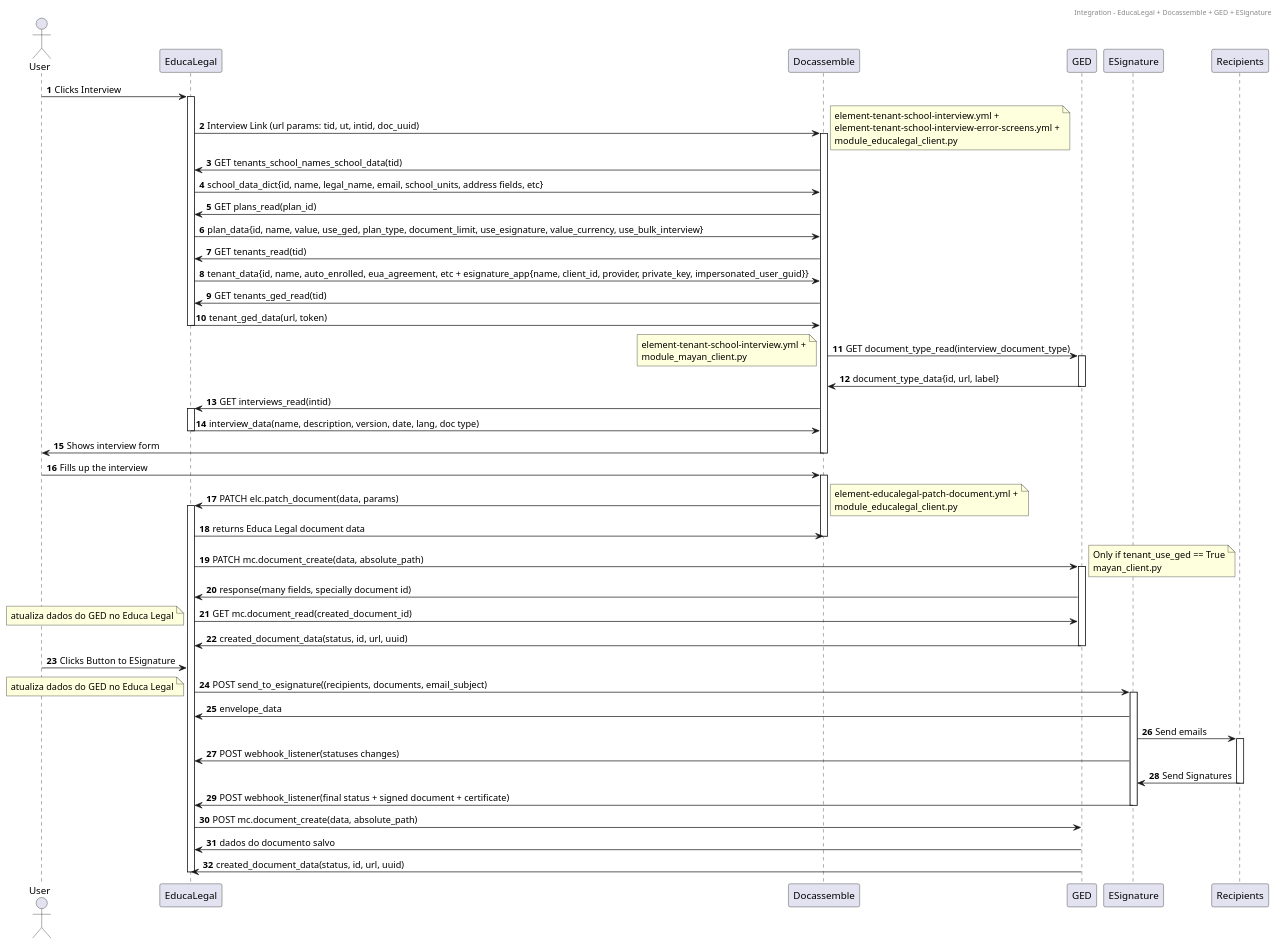
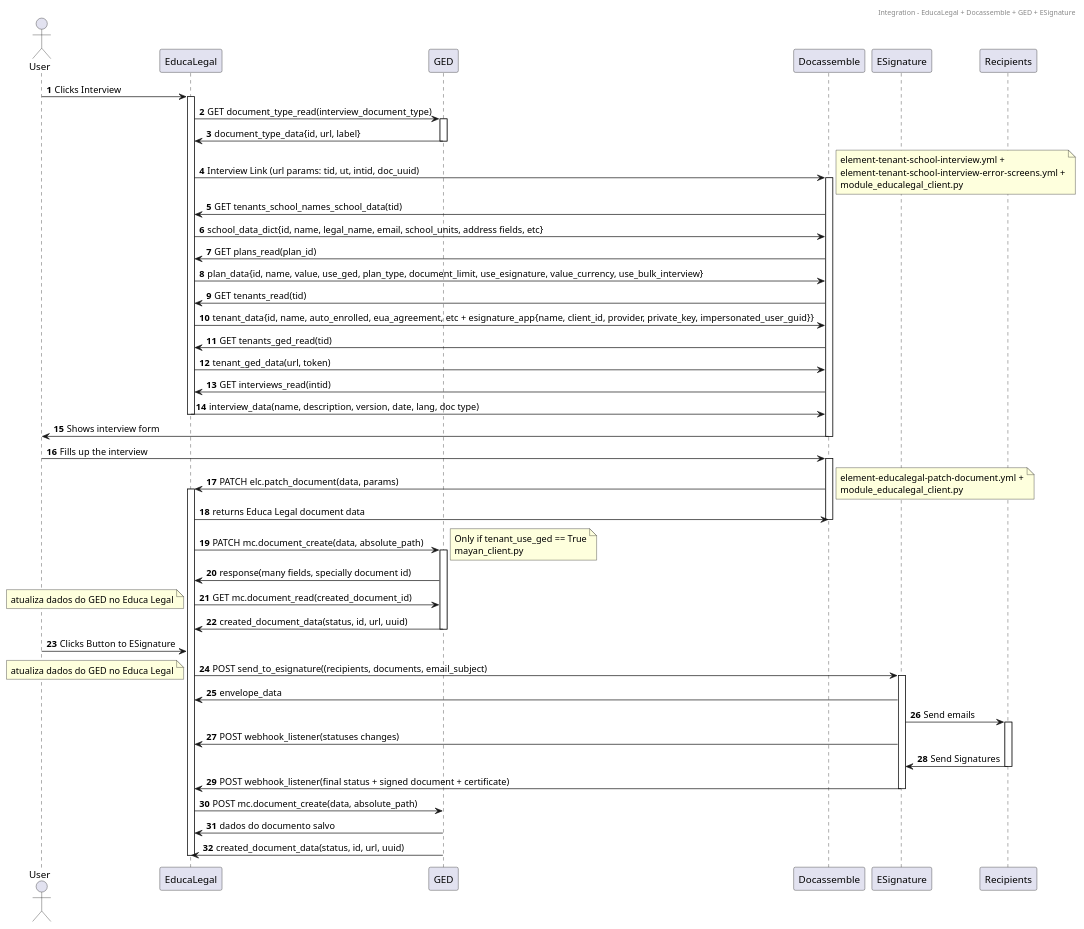
The diagram in fluxos/educalegal_api_seq_diagram.pu (rvnovaes/educalegal), drawn with PlantUML before and after one commit. The commit also changed 7 other files, not shown here.

Commit message:
slx-317: removido o mayan client do docassemble

```diff
--- a/fluxos/educalegal_api_seq_diagram.pu
+++ b/fluxos/educalegal_api_seq_diagram.pu
@@ -1,106 +1,96 @@
 @startuml
 header Integration - EducaLegal + Docassemble + GED + ESignature
 actor User
 autonumber
 
 User -> EducaLegal: Clicks Interview
 activate EducaLegal
+
+EducaLegal -> GED: GET document_type_read(interview_document_type)
+activate GED
+
+GED -> EducaLegal: document_type_data{id, url, label}
+deactivate GED
 
 EducaLegal -> Docassemble: Interview Link (url params: tid, ut, intid, doc_uuid)
 activate Docassemble
 
 note right
 element-tenant-school-interview.yml +
 element-tenant-school-interview-error-screens.yml +
 module_educalegal_client.py
 end note
 
 Docassemble -> EducaLegal: GET tenants_school_names_school_data(tid)
 EducaLegal -> Docassemble: school_data_dict{id, name, legal_name, email, school_units, address fields, etc}
 
 Docassemble -> EducaLegal: GET plans_read(plan_id)
 EducaLegal -> Docassemble: plan_data{id, name, value, use_ged, plan_type, document_limit, use_esignature, value_currency, use_bulk_interview}
 
 Docassemble -> EducaLegal : GET tenants_read(tid)
 EducaLegal -> Docassemble: tenant_data{id, name, auto_enrolled, eua_agreement, etc + esignature_app{name, client_id, provider, private_key, impersonated_user_guid}}
 
 Docassemble -> EducaLegal: GET tenants_ged_read(tid)
 EducaLegal -> Docassemble: tenant_ged_data(url, token)
-deactivate EducaLegal
-
-Docassemble -> GED: GET document_type_read(interview_document_type)
-activate GED
-
-note left
-element-tenant-school-interview.yml +
-module_mayan_client.py
-end note
-
-GED -> Docassemble: document_type_data{id, url, label}
-deactivate GED
-
 Docassemble -> EducaLegal: GET interviews_read(intid)
-activate EducaLegal
-
-
 EducaLegal -> Docassemble: interview_data(name, description, version, date, lang, doc type)
 deactivate EducaLegal
 
 Docassemble -> User: Shows interview form
 deactivate Docassemble
 
 User -> Docassemble: Fills up the interview
 activate Docassemble
 
 Docassemble -> EducaLegal: PATCH elc.patch_document(data, params)
 activate EducaLegal
 
 note right
 element-educalegal-patch-document.yml +
 module_educalegal_client.py
 end note
 
 EducaLegal -> Docassemble: returns Educa Legal document data
 deactivate Docassemble
 
 EducaLegal -> GED: PATCH mc.document_create(data, absolute_path)
 activate GED
 
 note right
 Only if tenant_use_ged == True
 mayan_client.py
 end note
 
 GED -> EducaLegal: response(many fields, specially document id)
 EducaLegal -> GED: GET mc.document_read(created_document_id)
 note left
 atualiza dados do GED no Educa Legal
 end note
 GED -> EducaLegal: created_document_data(status, id, url, uuid)
 deactivate GED
 
 
 User -> EducaLegal: Clicks Button to ESignature
 
 EducaLegal -> ESignature: POST send_to_esignature((recipients, documents, email_subject)
 note left
 atualiza dados do GED no Educa Legal
 end note
 activate ESignature
 
 ESignature -> EducaLegal: envelope_data
 
 ESignature -> Recipients: Send emails
 activate Recipients
 ESignature -> EducaLegal: POST webhook_listener(statuses changes)
 Recipients -> ESignature: Send Signatures
 deactivate Recipients
 
 ESignature -> EducaLegal: POST webhook_listener(final status + signed document + certificate)
 deactivate ESignature
 
 EducaLegal -> GED: POST mc.document_create(data, absolute_path)
 GED -> EducaLegal: dados do documento salvo
 GED -> EducaLegal: created_document_data(status, id, url, uuid)
 deactivate EducaLegal
 @enduml
```
